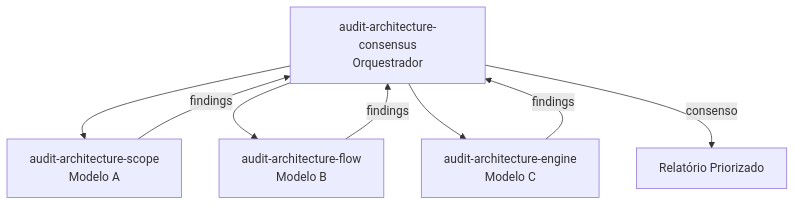
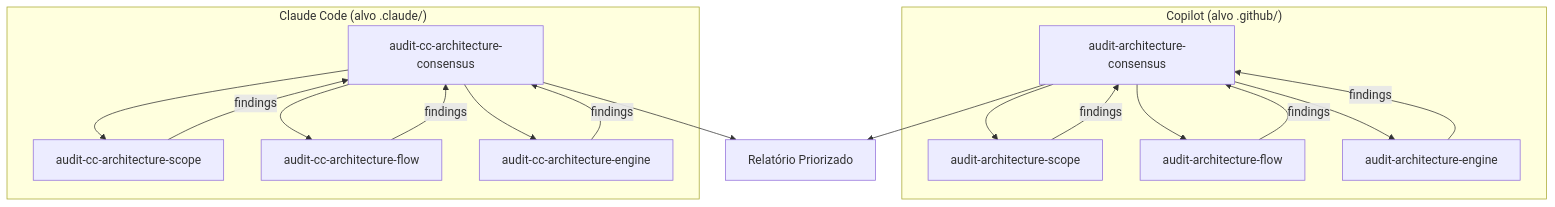
Before and after one commit to rodrigo-mendes/agents-factory: the diagram in docs/capacidades/prompts-arquitetura.md, drawn with Mermaid. The commit also changed other lines of this file and 90 other files, not shown here.

````diff
--- a/docs/capacidades/prompts-arquitetura.md
+++ b/docs/capacidades/prompts-arquitetura.md
@@ -11,10 +11,21 @@
 ```mermaid
 graph TD
-    O[audit-architecture-consensus<br/>Orquestrador] --> A[audit-architecture-scope<br/>Modelo A]
-    O --> B[audit-architecture-flow<br/>Modelo B]
-    O --> C[audit-architecture-engine<br/>Modelo C]
-    A -->|findings| O
-    B -->|findings| O
-    C -->|findings| O
-    O -->|consenso| R[Relatório Priorizado]
+    subgraph "Copilot (alvo .github/)"
+        OC[audit-architecture-consensus] --> AC[audit-architecture-scope]
+        OC --> BC[audit-architecture-flow]
+        OC --> CC[audit-architecture-engine]
+        AC -->|findings| OC
+        BC -->|findings| OC
+        CC -->|findings| OC
+    end
+    subgraph "Claude Code (alvo .claude/)"
+        OCC[audit-cc-architecture-consensus] --> ACC[audit-cc-architecture-scope]
+        OCC --> BCC[audit-cc-architecture-flow]
+        OCC --> CCC[audit-cc-architecture-engine]
+        ACC -->|findings| OCC
+        BCC -->|findings| OCC
+        CCC -->|findings| OCC
+    end
+    OC --> R[Relatório Priorizado]
+    OCC --> R
 ```
````
